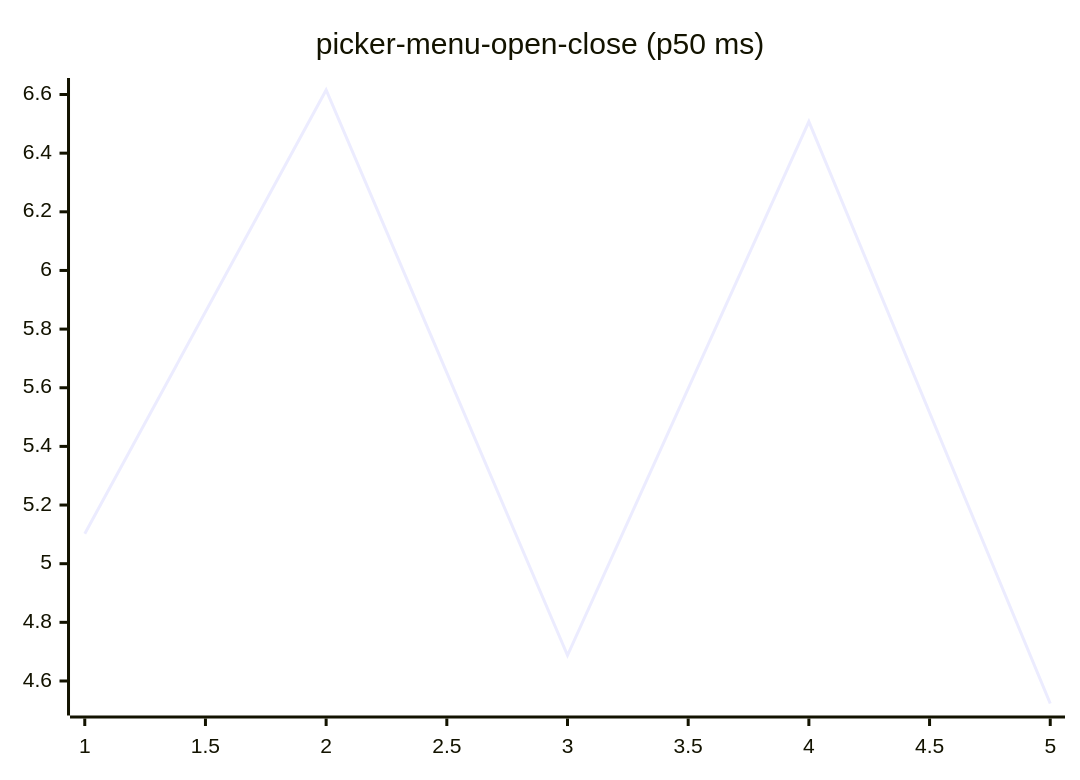
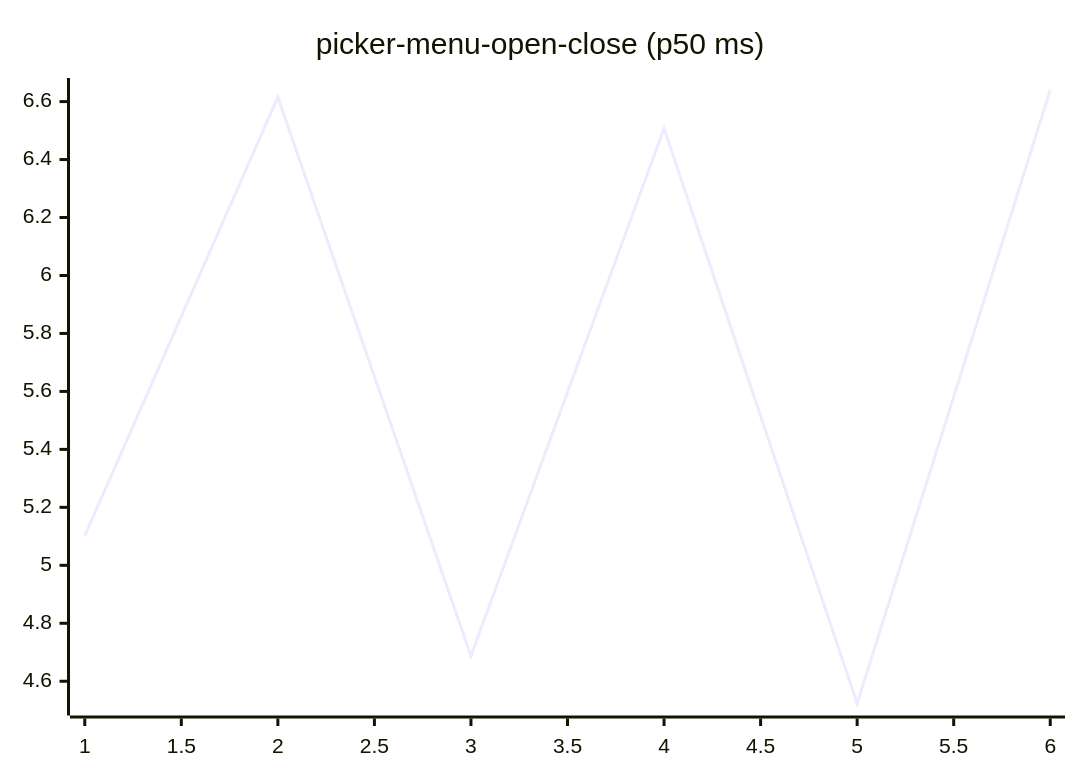
Diagram 16 of 27 in README.md (josha/Facet), drawn with Mermaid before and after one commit. The commit also changed other lines of this file and 2 other files, not shown here.

````diff
--- a/README.md
+++ b/README.md
@@ -168,6 +168,6 @@
 ```mermaid
 xychart-beta
     title "picker-menu-open-close (p50 ms)"
-    x-axis 1 --> 5
-    line [5.1020, 6.6154, 4.6873, 6.5076, 4.5232]
+    x-axis 1 --> 6
+    line [5.1020, 6.6154, 4.6873, 6.5076, 4.5232, 6.6400]
 ```
````
